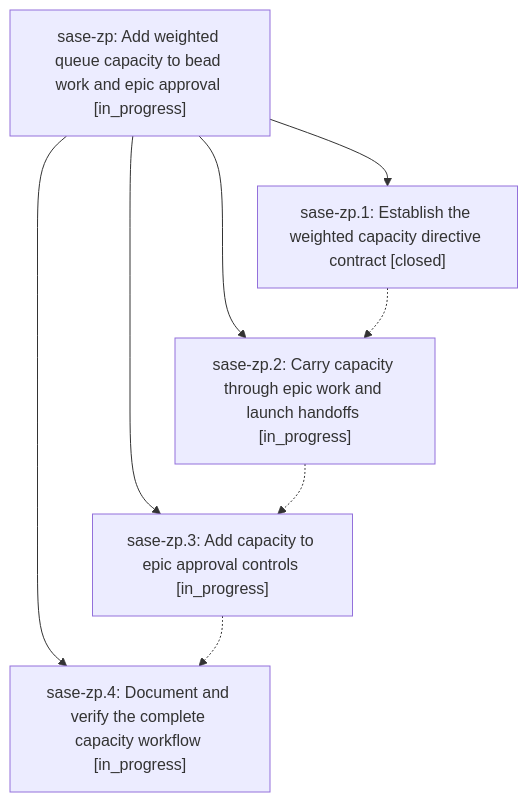
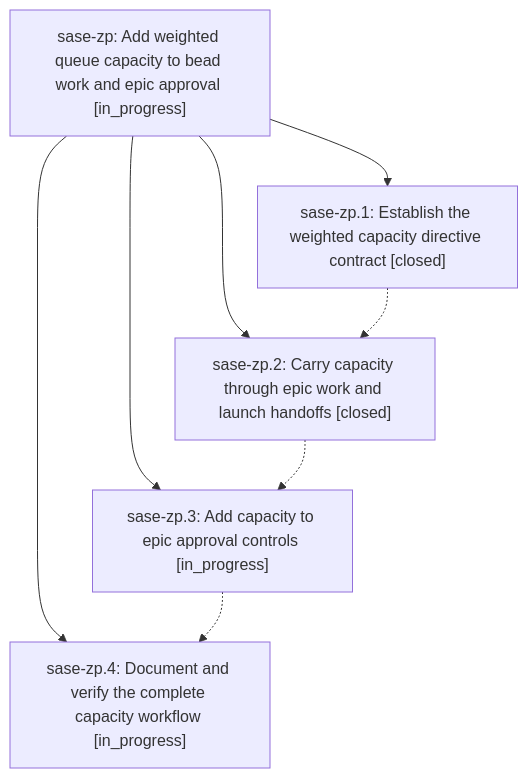
The diagram in pages/sase-zp/README.md (sase-org/sase--beads), drawn with Mermaid before and after one commit. The commit also changed other lines of this file and 3 other files, not shown here.

````diff
--- a/pages/sase-zp/README.md
+++ b/pages/sase-zp/README.md
@@ -25,15 +25,15 @@
 ```mermaid
 flowchart TD
     n0["sase-zp: Add weighted queue capacity to bead work and epic approval [in_progress]"]
     n1["sase-zp.1: Establish the weighted capacity directive contract [closed]"]
-    n2["sase-zp.2: Carry capacity through epic work and launch handoffs [in_progress]"]
+    n2["sase-zp.2: Carry capacity through epic work and launch handoffs [closed]"]
     n3["sase-zp.3: Add capacity to epic approval controls [in_progress]"]
     n4["sase-zp.4: Document and verify the complete capacity workflow [in_progress]"]
     n0 --> n1
     n0 --> n2
     n0 --> n3
     n0 --> n4
     n1 -.-> n2
     n2 -.-> n3
     n3 -.-> n4
 ```
````
